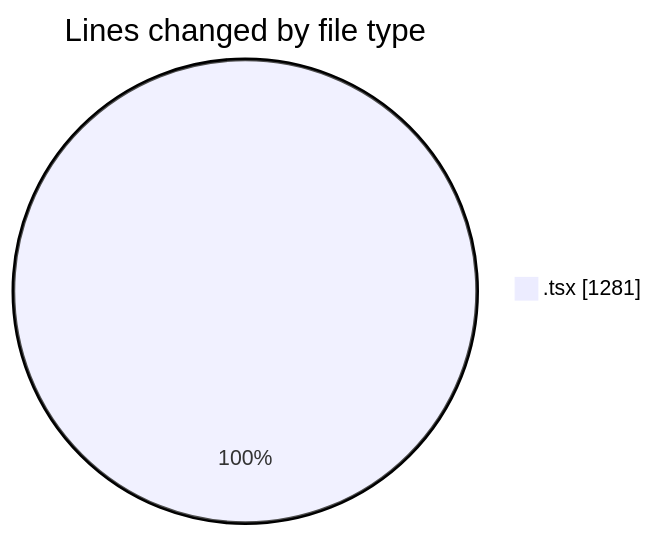
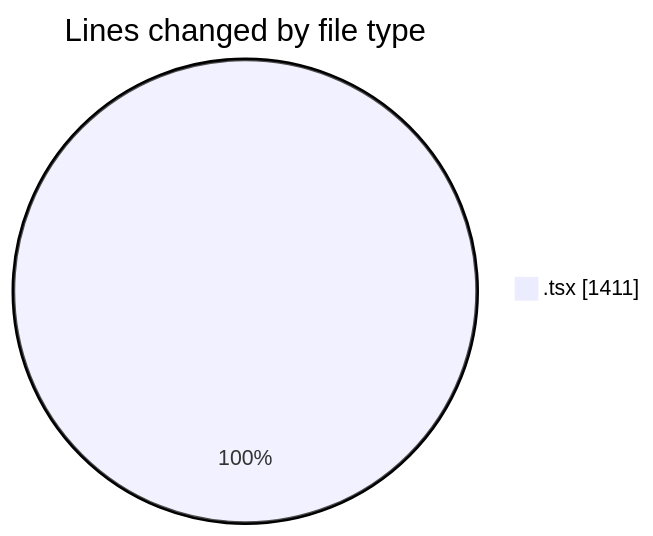
One commit to JenPaints/code-tracking changed the first of 2 diagrams in 2025-05-29/kimberly-groups/README.md. Above: the diagram before and after it, drawn with Mermaid. The commit also changed other lines of this file and 1 other file, not shown here.

````diff
--- a/2025-05-29/kimberly-groups/README.md
+++ b/2025-05-29/kimberly-groups/README.md
@@ -22,5 +23,5 @@
 ```mermaid
 pie showData
 title Lines changed by file type
-".tsx" : 1281
+".tsx" : 1411
 ```
````
